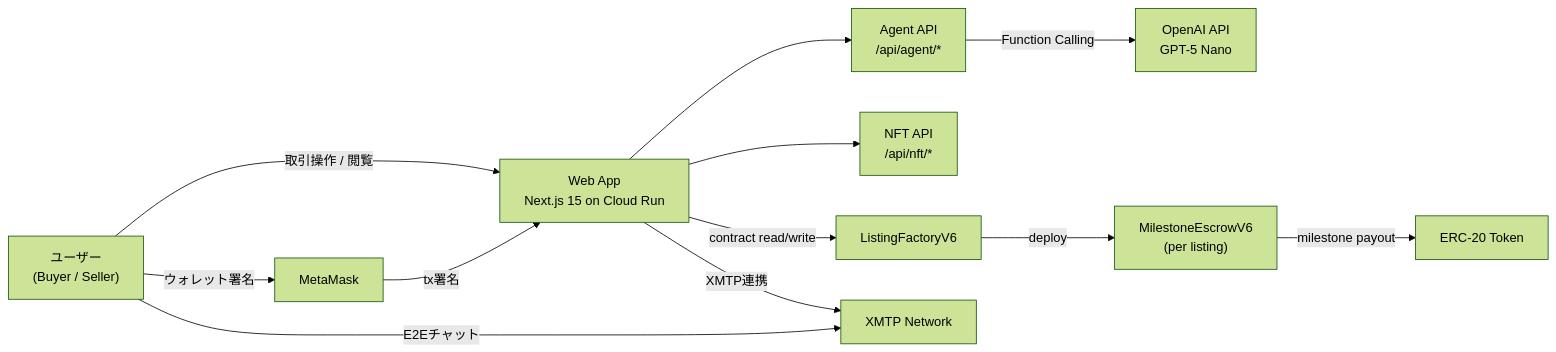
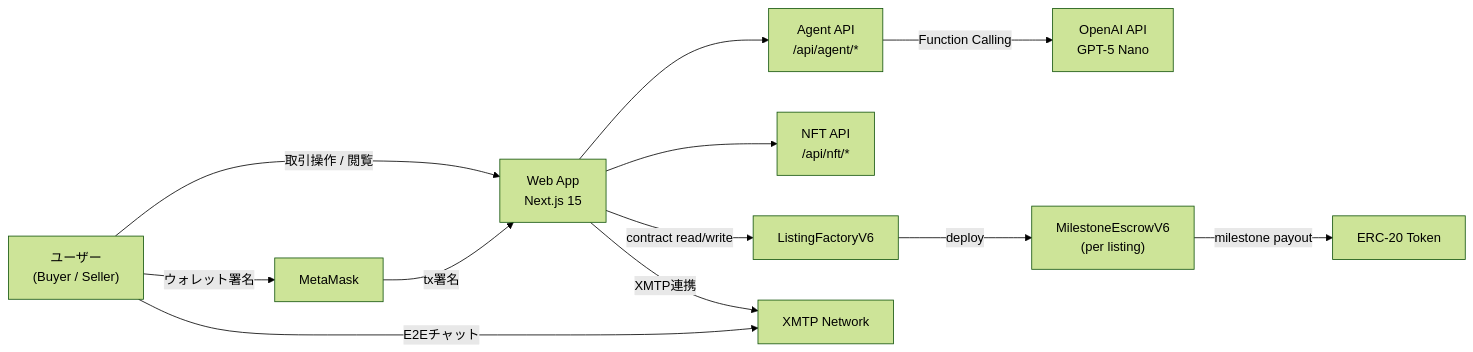
The diagram in README.md (usagi917/PalPay), drawn with Mermaid (forest theme) before and after one commit. The commit also changed other lines of this file and 13 other files, not shown here.

Commit message:
refactor(web): consolidate agent on openai responses and drop cloud run artifacts

````diff
--- a/README.md
+++ b/README.md
@@ -30,25 +30,25 @@
 ```mermaid
 flowchart LR
     U["ユーザー<br/>(Buyer / Seller)"]
     M["MetaMask"]
-    W["Web App<br/>Next.js 15 on Cloud Run"]
+    W["Web App<br/>Next.js 15"]
     A["Agent API<br/>/api/agent/*"]
     N["NFT API<br/>/api/nft/*"]
     V["OpenAI API<br/>GPT-5 Nano"]
     F["ListingFactoryV6"]
     E["MilestoneEscrowV6<br/>(per listing)"]
     T["ERC-20 Token"]
     X["XMTP Network"]
 
     U -->|"取引操作 / 閲覧"| W
     U -->|"ウォレット署名"| M
     M -->|"tx署名"| W
     W --> A
     A -->|"Function Calling"| V
     W --> N
     W -->|"contract read/write"| F
     F -->|"deploy"| E
     E -->|"milestone payout"| T
     U -->|"E2Eチャット"| X
     W -->|"XMTP連携"| X
 ```
````
